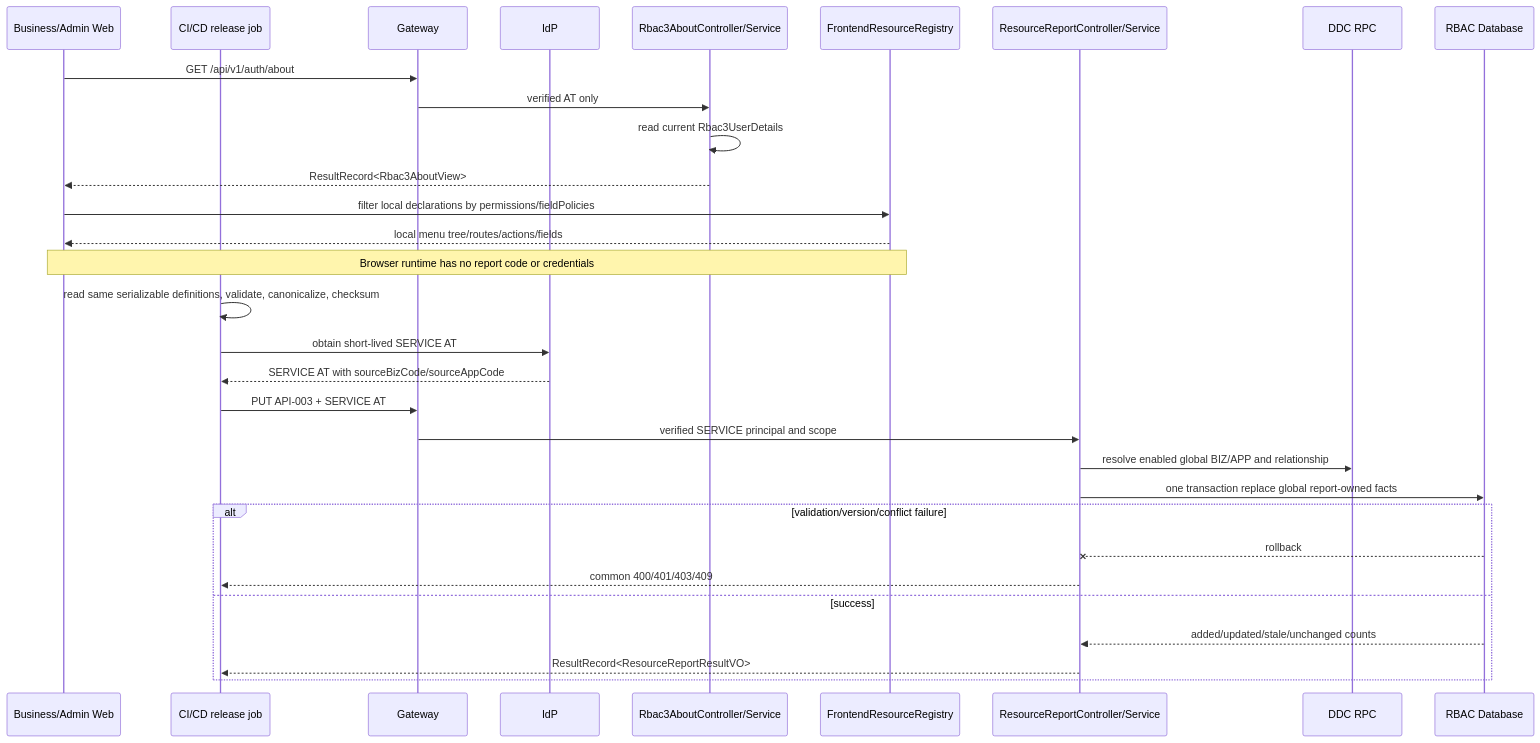
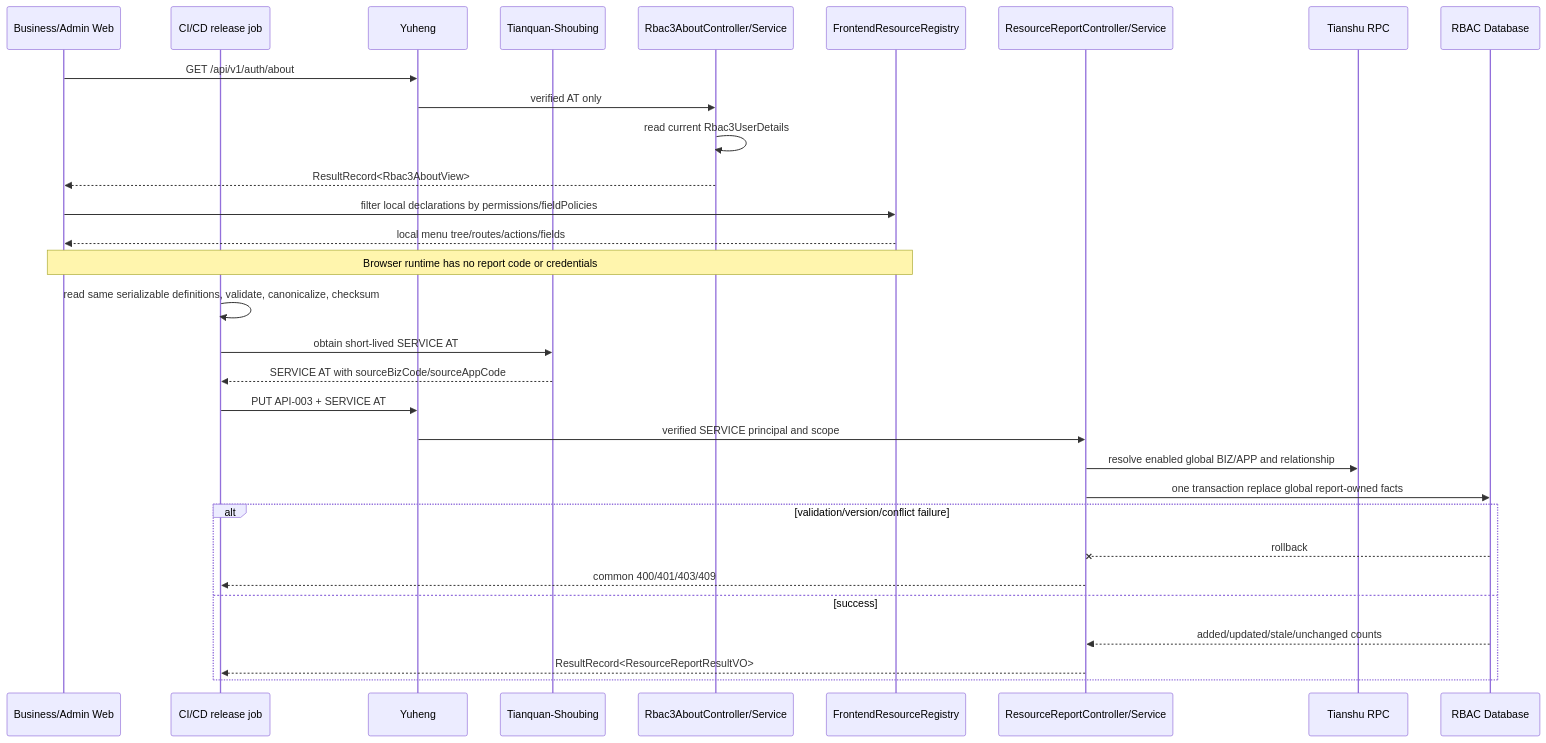
The fifth of 7 diagrams in docs/egon/spec/2026-08-17-09-37-rbac3-annotation-userdetails-field-authorization.md (AllenDEricDAlexander/Egon-COLA), drawn with Mermaid before and after one commit. The commit also changed other lines of this file and 233 other files, not shown here.

````diff
--- a/docs/egon/spec/2026-08-17-09-37-rbac3-annotation-userdetails-field-authorization.md
+++ b/docs/egon/spec/2026-08-17-09-37-rbac3-annotation-userdetails-field-authorization.md
@@ -453,34 +453,34 @@
 ```mermaid
 sequenceDiagram
     participant W as Business/Admin Web
     participant C as CI/CD release job
-    participant G as Gateway
-    participant I as IdP
+    participant G as Yuheng
+    participant I as Tianquan-Shoubing
     participant A as Rbac3AboutController/Service
     participant L as FrontendResourceRegistry
     participant R as ResourceReportController/Service
-    participant X as DDC RPC
+    participant X as Tianshu RPC
     participant D as RBAC Database
 
     W->>G: GET /api/v1/auth/about
     G->>A: verified AT only
     A->>A: read current Rbac3UserDetails
     A-->>W: ResultRecord<Rbac3AboutView>
     W->>L: filter local declarations by permissions/fieldPolicies
     L-->>W: local menu tree/routes/actions/fields
     Note over W,L: Browser runtime has no report code or credentials
     C->>C: read same serializable definitions, validate, canonicalize, checksum
     C->>I: obtain short-lived SERVICE AT
     I-->>C: SERVICE AT with sourceBizCode/sourceAppCode
     C->>G: PUT API-003 + SERVICE AT
     G->>R: verified SERVICE principal and scope
     R->>X: resolve enabled global BIZ/APP and relationship
     R->>D: one transaction replace global report-owned facts
     alt validation/version/conflict failure
         D--xR: rollback
         R-->>C: common 400/401/403/409
     else success
         D-->>R: added/updated/stale/unchanged counts
         R-->>C: ResultRecord<ResourceReportResultVO>
     end
 ```
````
